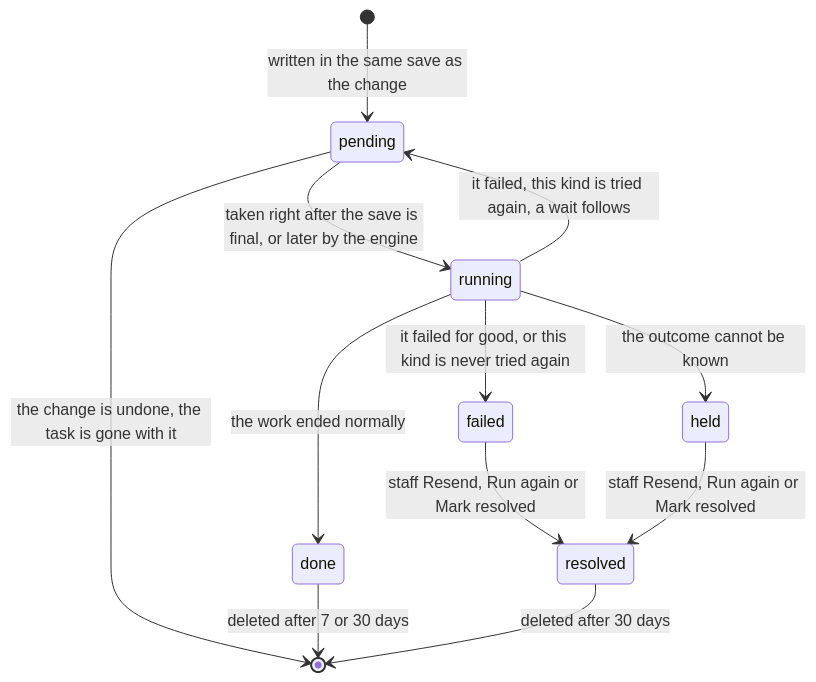
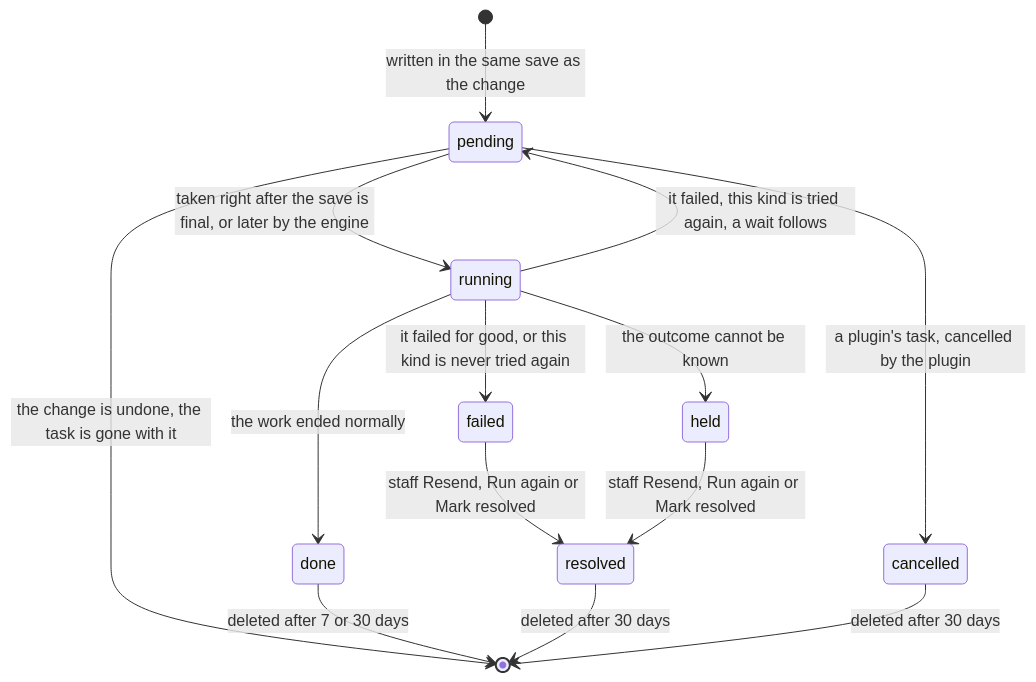
Before and after one commit to Easylogic-CO-LP/Alfa-Commerce-Manual: the second of 3 diagrams in docs/architecture/background-work.md, drawn with Mermaid. The commit also changed other lines of this file and 11 other files, not shown here.

````diff
--- a/docs/architecture/background-work.md
+++ b/docs/architecture/background-work.md
@@ -112,14 +114,16 @@
 ```mermaid
 stateDiagram-v2
     [*] --> pending: written in the same save as the change
     pending --> [*]: the change is undone, the task is gone with it
     pending --> running: taken right after the save is final, or later by the engine
     running --> done: the work ended normally
     running --> pending: it failed, this kind is tried again, a wait follows
     running --> failed: it failed for good, or this kind is never tried again
     running --> held: the outcome cannot be known
     failed --> resolved: staff Resend, Run again or Mark resolved
     held --> resolved: staff Resend, Run again or Mark resolved
+    pending --> cancelled: a plugin's task, cancelled by the plugin
     done --> [*]: deleted after 7 or 30 days
     resolved --> [*]: deleted after 30 days
+    cancelled --> [*]: deleted after 30 days
 ```
````
